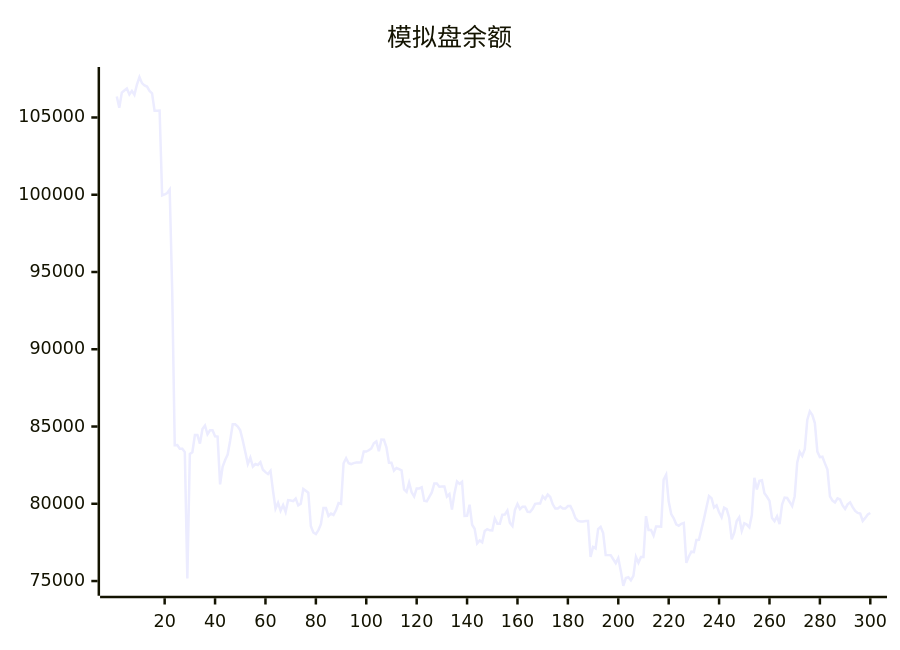
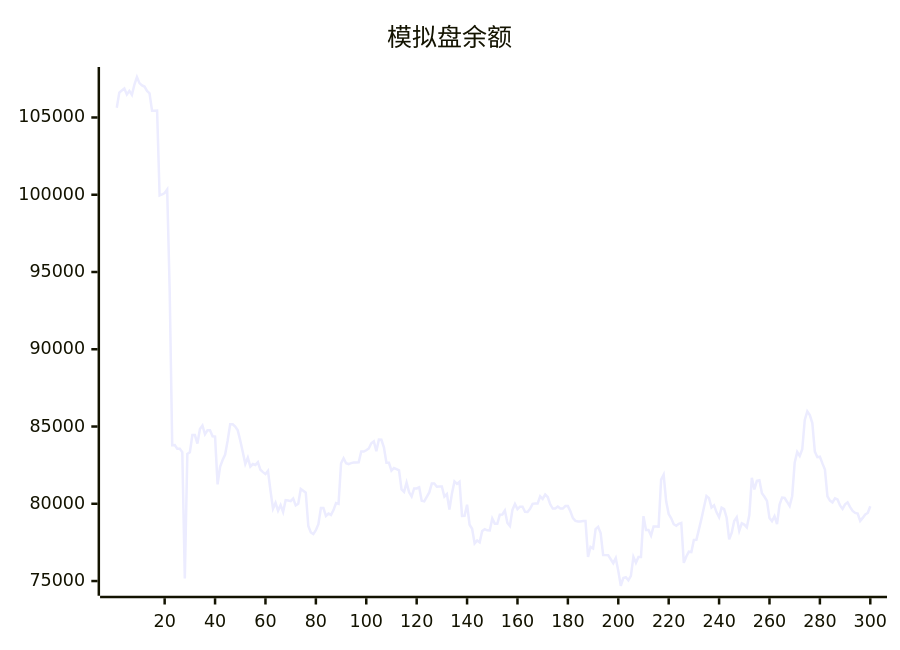
The diagram in README.md (aahl/ai-trading), drawn with Mermaid before and after one commit. The commit also changed other lines of this file and 1 other file, not shown here.

````diff
--- a/README.md
+++ b/README.md
@@ -5,5 +5,5 @@
 ```mermaid
 xychart
     title "模拟盘余额"
-    line [106364,105628,106608,106748,106872,106485,106721,106468,107132,107620,107224,107080,107001,106717,106567,105431,105431,105440,99950,100017,100113,100337,93749,83795,83807,83567,83567,83342,75168,83222,83336,84448,84449,83896,84839,85065,84499,84757,84757,84364,84347,81254,82385,82835,83184,84099,85150,85150,85002,84751,84096,83356,82582,82983,82404,82572,82512,82688,82200,82047,81920,82125,80840,79688,80060,79552,79920,79470,80236,80208,80170,80336,79894,80006,80954,80837,80712,78561,78139,78037,78293,78682,79720,79720,79214,79372,79279,79591,80046,79993,82625,82950,82626,82571,82633,82670,82670,82681,83386,83378,83464,83579,83920,84037,83402,84160,84142,83652,82655,82655,82145,82315,82243,82163,80934,80770,81371,80742,80468,80989,80989,81067,80191,80155,80450,80737,81309,81309,81106,81119,81119,80471,80631,79624,80670,81448,81290,81429,79212,79222,79940,78643,78380,77432,77623,77504,78235,78358,78284,78277,79048,78714,78714,79290,79308,79567,78763,78563,79603,79988,79652,79813,79813,79476,79469,79673,79995,80015,80015,80486,80314,80600,80436,79966,79689,79689,79819,79692,79692,79850,79850,79518,79071,78889,78850,78850,78878,78878,76554,77202,77103,78357,78510,78106,76678,76677,76672,76411,76159,76485,75656,74695,75197,75246,75052,75334,76564,76179,76553,76551,79196,78300,78300,77944,78531,78531,78521,81564,81884,80160,79335,79055,78675,78580,78708,78764,76179,76586,76902,76876,77658,77669,78346,79023,79769,80497,80366,79761,79896,79448,79126,79749,79658,79097,77695,78114,78888,79126,78249,78738,78653,78478,79271,81680,80923,81488,81527,80681,80455,80190,79084,78879,79193,78686,79954,80403,80374,80118,79848,80491,82665,83351,83098,83525,85430,85983,85737,85221,83378,83014,83043,82613,82216,80477,80208,80081,80348,80277,79894,79670,79965,80093,79786,79542,79406,79371,78893,79087,79304,79406]
+    line [105628,106608,106748,106872,106485,106721,106468,107132,107620,107224,107080,107001,106717,106567,105431,105431,105440,99950,100017,100113,100337,93749,83795,83807,83567,83567,83342,75168,83222,83336,84448,84449,83896,84839,85065,84499,84757,84757,84364,84347,81254,82385,82835,83184,84099,85150,85150,85002,84751,84096,83356,82582,82983,82404,82572,82512,82688,82200,82047,81920,82125,80840,79688,80060,79552,79920,79470,80236,80208,80170,80336,79894,80006,80954,80837,80712,78561,78139,78037,78293,78682,79720,79720,79214,79372,79279,79591,80046,79993,82625,82950,82626,82571,82633,82670,82670,82681,83386,83378,83464,83579,83920,84037,83402,84160,84142,83652,82655,82655,82145,82315,82243,82163,80934,80770,81371,80742,80468,80989,80989,81067,80191,80155,80450,80737,81309,81309,81106,81119,81119,80471,80631,79624,80670,81448,81290,81429,79212,79222,79940,78643,78380,77432,77623,77504,78235,78358,78284,78277,79048,78714,78714,79290,79308,79567,78763,78563,79603,79988,79652,79813,79813,79476,79469,79673,79995,80015,80015,80486,80314,80600,80436,79966,79689,79689,79819,79692,79692,79850,79850,79518,79071,78889,78850,78850,78878,78878,76554,77202,77103,78357,78510,78106,76678,76677,76672,76411,76159,76485,75656,74695,75197,75246,75052,75334,76564,76179,76553,76551,79196,78300,78300,77944,78531,78531,78521,81564,81884,80160,79335,79055,78675,78580,78708,78764,76179,76586,76902,76876,77658,77669,78346,79023,79769,80497,80366,79761,79896,79448,79126,79749,79658,79097,77695,78114,78888,79126,78249,78738,78653,78478,79271,81680,80923,81488,81527,80681,80455,80190,79084,78879,79193,78686,79954,80403,80374,80118,79848,80491,82665,83351,83098,83525,85430,85983,85737,85221,83378,83014,83043,82613,82216,80477,80208,80081,80348,80277,79894,79670,79965,80093,79786,79542,79406,79371,78893,79087,79304,79406,79841]
 ```
````
